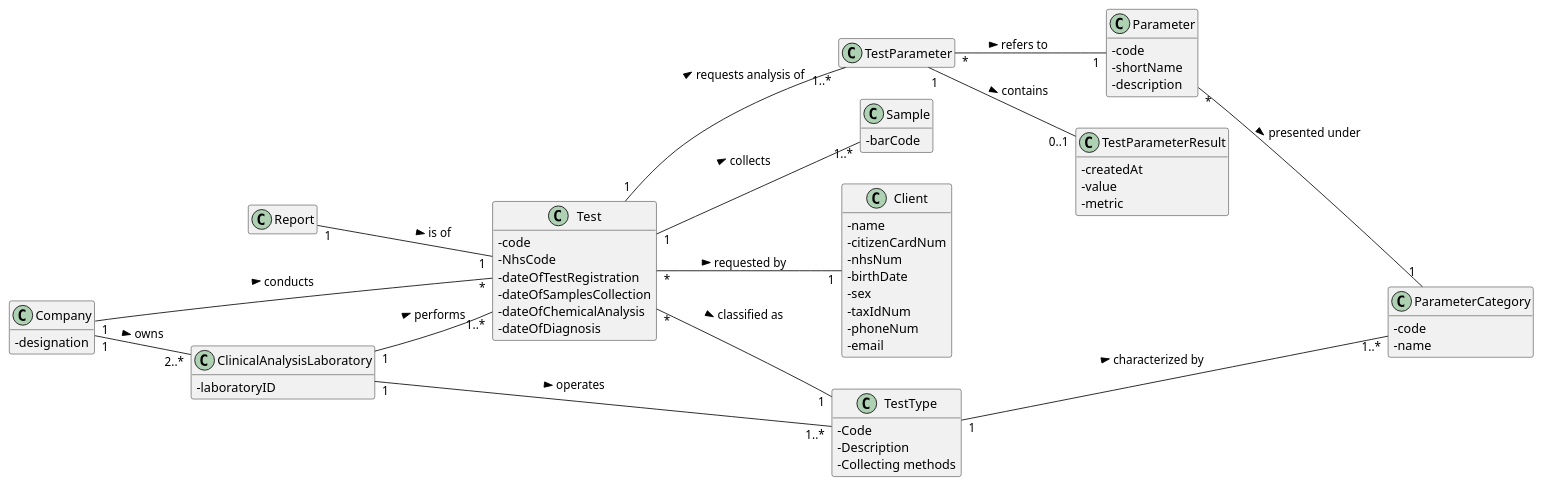
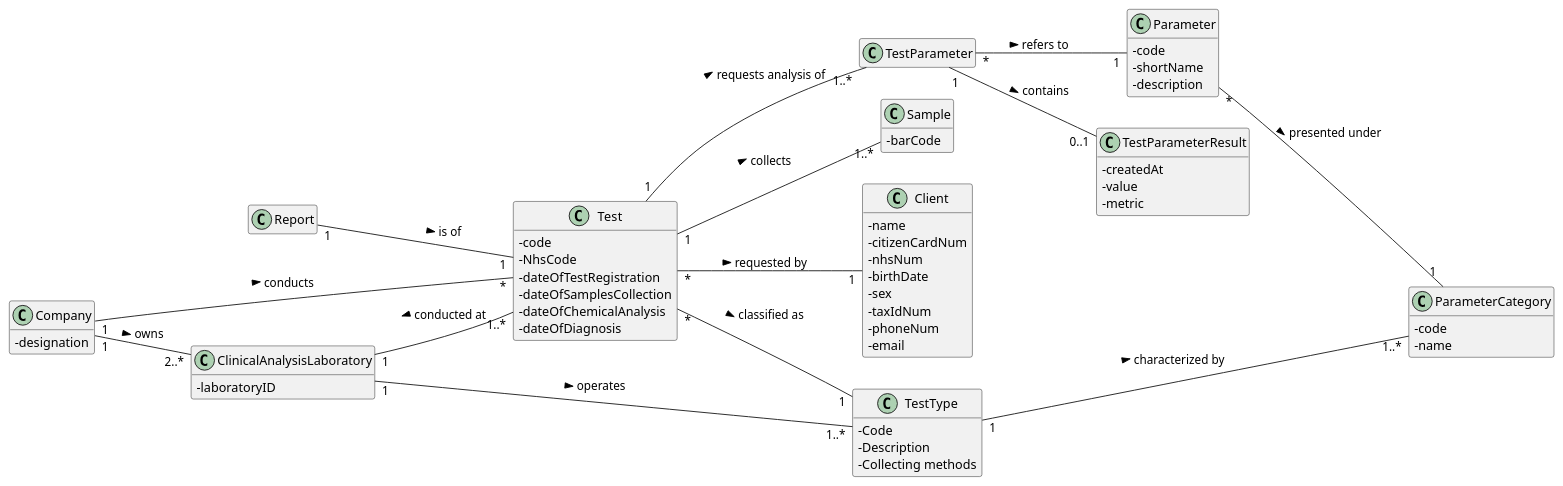
The diagram in docs/SprintD/US_17/US17_DM.puml (ana-albergaria/LAPR2-ISEP), drawn with PlantUML before and after one commit. The commit also changed 23 other files, not shown here.

Commit message:
adding package diagrams and fixing error in Sd of us17

```diff
--- a/docs/SprintD/US_17/US17_DM.puml
+++ b/docs/SprintD/US_17/US17_DM.puml
@@ -1,78 +1,78 @@
 @startuml
 
 left to right direction
 skinparam classAttributeIconSize 0
 hide empty methods
 hide empty attributes
 /'skinparam linetype ortho'/
 
 class Test{
 - code
 - NhsCode
 - dateOfTestRegistration
 - dateOfSamplesCollection
 - dateOfChemicalAnalysis
 - dateOfDiagnosis
 }
 
 class Company {
 -designation
 }
 
 class ParameterCategory{
   -code
   -name
 }
 
 
 class Sample{
 - barCode
 }
 
 class Client{
 - name
 - citizenCardNum
 - nhsNum
 - birthDate
 - sex
 - taxIdNum
 - phoneNum
 - email
 }
 class TestParameter{}
 class TestParameterResult{
 - createdAt
 - value
 - metric
 }
 class TestType{
 - Code
 - Description
 - Collecting methods
 }
 
 class Parameter{
 - code
 - shortName
 - description
 }
 
 class ClinicalAnalysisLaboratory{
 - laboratoryID
 }
 
 Test "*" -- "1" TestType : classified as >
 Report "1" -- "1" Test : is of >
 Test "*" -- "1" Client : requested by >
 Parameter "*" -- "1" ParameterCategory: presented under >
 TestType "1" -- "1..*" ParameterCategory : characterized by >
 Test "1" -- "1..*" Sample : collects >
 Test "1" -- "1..*" TestParameter : requests analysis of >
 TestParameter "*" -- "1" Parameter : refers to >
 TestParameter "1" -- "0..1" TestParameterResult : contains >
 ClinicalAnalysisLaboratory "1" -- "1..*" TestType : operates >
-ClinicalAnalysisLaboratory "1" -- "1..*" Test : performs >
+ClinicalAnalysisLaboratory "1" -- "1..*" Test : conducted at <
 Company "1" --- "*" Test : conducts >
 Company "1" -- "2..*" ClinicalAnalysisLaboratory : owns >
 
 @enduml
```
